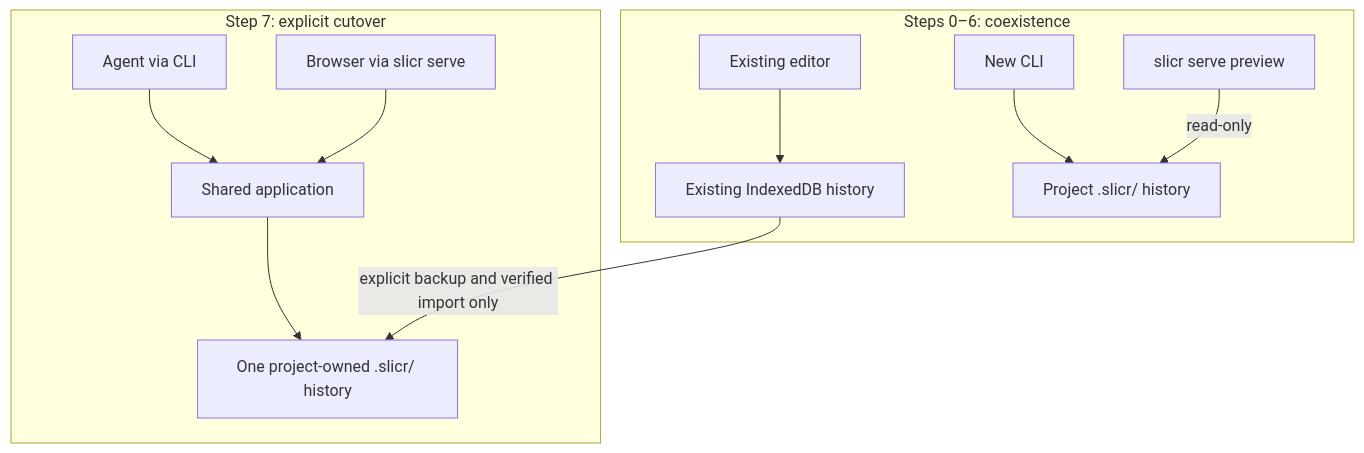
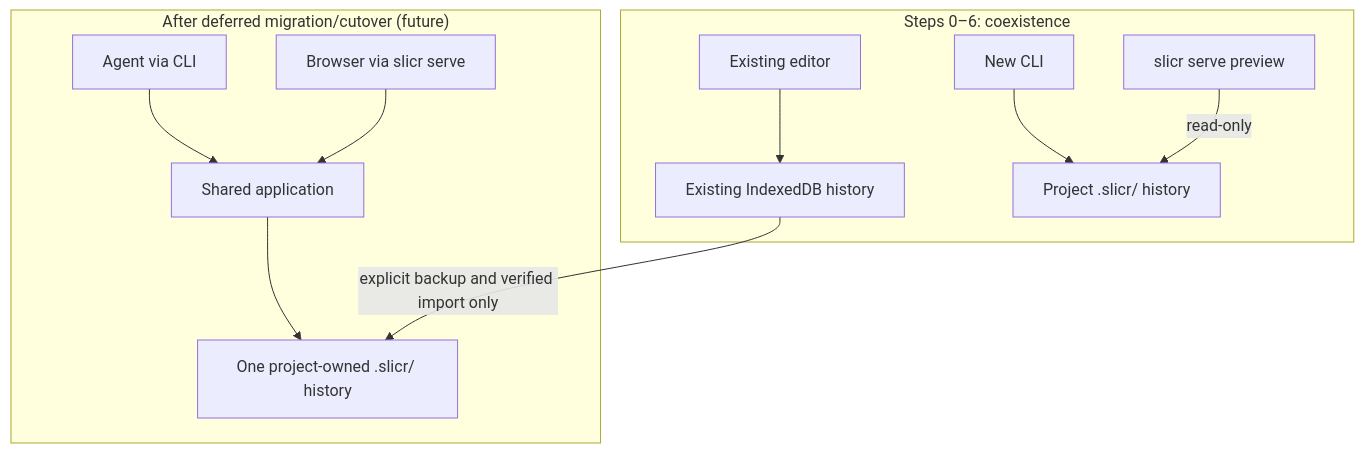
The second of 4 diagrams in _tasks/012-project-owned-event-models/02-plan.md (Suigi/slicr), drawn with Mermaid before and after one commit. The commit also changed other lines of this file and 3 other files, not shown here.

````diff
--- a/_tasks/012-project-owned-event-models/02-plan.md
+++ b/_tasks/012-project-owned-event-models/02-plan.md
@@ -108,16 +116,16 @@
 ```mermaid
 flowchart TB
     subgraph Before["Steps 0–6: coexistence"]
         OldUI["Existing editor"] --> IndexedDB["Existing IndexedDB history"]
         CLI["New CLI"] --> Repo["Project .slicr/ history"]
         Preview["slicr serve preview"] -->|"read-only"| Repo
     end
 
-    subgraph After["Step 7: explicit cutover"]
+    subgraph After["After deferred migration/cutover (future)"]
         Agent["Agent via CLI"] --> App["Shared application"]
         Browser["Browser via slicr serve"] --> App
         App --> OneStore["One project-owned .slicr/ history"]
     end
 
     IndexedDB -->|"explicit backup and verified import only"| OneStore
 ```
````
